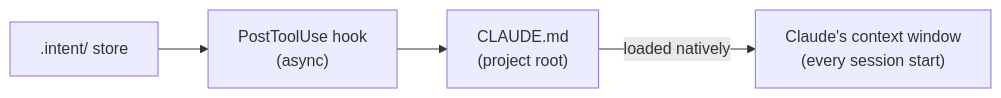
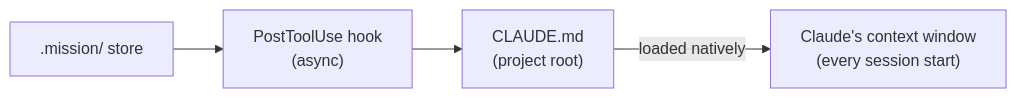
Before and after one commit to sdevikar/sdlc-tools: the fourth of 5 diagrams in mission-ctrl/docs/claude/architecture.md, drawn with Mermaid. The commit also changed other lines of this file and 59 other files, not shown here.

First line of the commit message:
mission-store-rename-14: .intent/ -> .mission/, add intent/intent.md

````diff
--- a/mission-ctrl/docs/claude/architecture.md
+++ b/mission-ctrl/docs/claude/architecture.md
@@ -239,11 +239,11 @@
 ```mermaid
 flowchart LR
-    Store[".intent/ store"]
+    Store[".mission/ store"]
     Sync["PostToolUse hook\n(async)"]
     ClaudeMD["CLAUDE.md\n(project root)"]
     Context["Claude's context window\n(every session start)"]
 
     Store --> Sync
     Sync --> ClaudeMD
     ClaudeMD -->|loaded natively| Context
 ```
````
